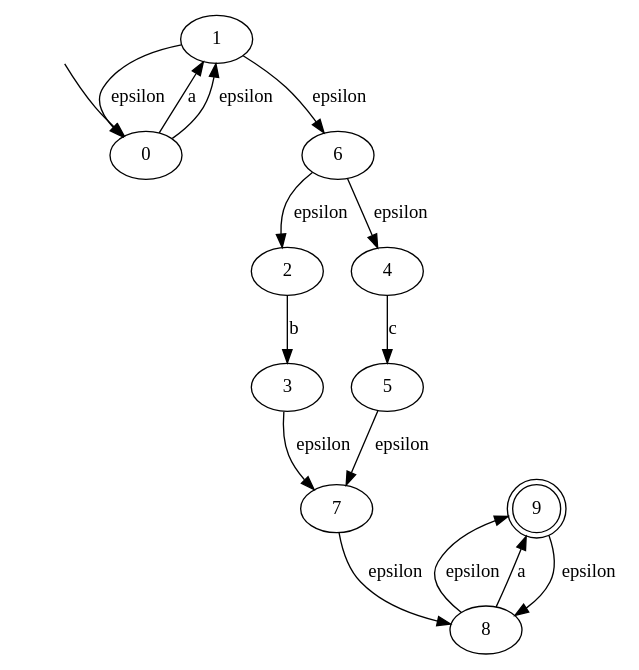
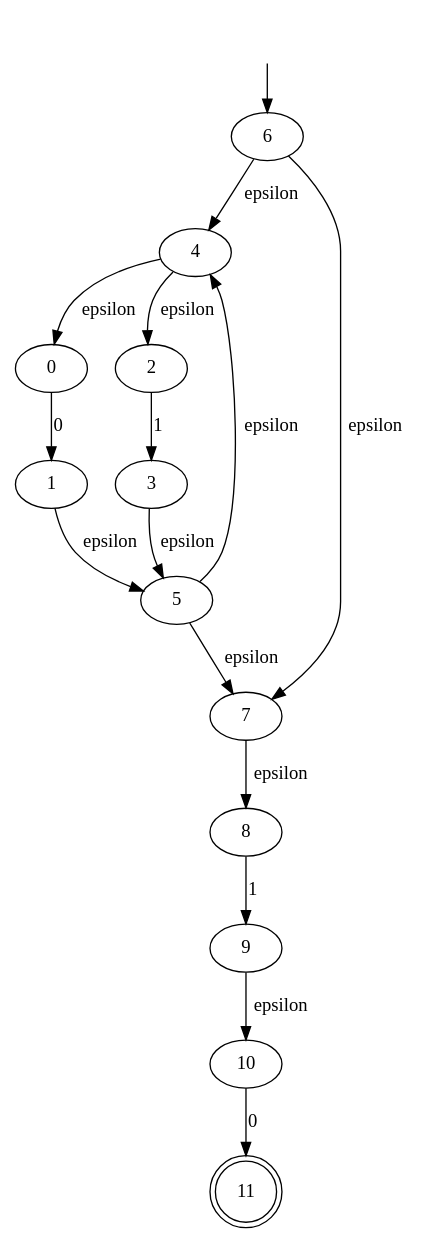
Before and after one commit to c-ostic/Grepy: the diagram in testFiles/nfa.dot, drawn with Graphviz. The commit also changed 4 other files, not shown here.

```diff
--- a/testFiles/nfa.dot
+++ b/testFiles/nfa.dot
@@ -1,20 +1,20 @@
 digraph nfa {
-	9 [shape=doublecircle];
+	11 [shape=doublecircle];
 	start [label="",shape=none];
-	start -> 0;
+	start -> 6;
 
-	0 -> 1 [label=a];
-	0 -> 1 [label=epsilon];
-	1 -> 0 [label=epsilon];
-	1 -> 6 [label=epsilon];
-	6 -> 2 [label=epsilon];
+	0 -> 1 [label=0];
+	4 -> 0 [label=epsilon];
+	4 -> 2 [label=epsilon];
+	1 -> 5 [label=epsilon];
+	3 -> 5 [label=epsilon];
 	6 -> 4 [label=epsilon];
-	3 -> 7 [label=epsilon];
+	6 -> 7 [label=epsilon];
+	5 -> 4 [label=epsilon];
 	5 -> 7 [label=epsilon];
-	8 -> 9 [label=epsilon];
-	9 -> 8 [label=epsilon];
+	10 -> 11 [label=0];
+	9 -> 10 [label=epsilon];
 	7 -> 8 [label=epsilon];
-	2 -> 3 [label=b];
-	8 -> 9 [label=a];
-	4 -> 5 [label=c];
+	2 -> 3 [label=1];
+	8 -> 9 [label=1];
 }
```
